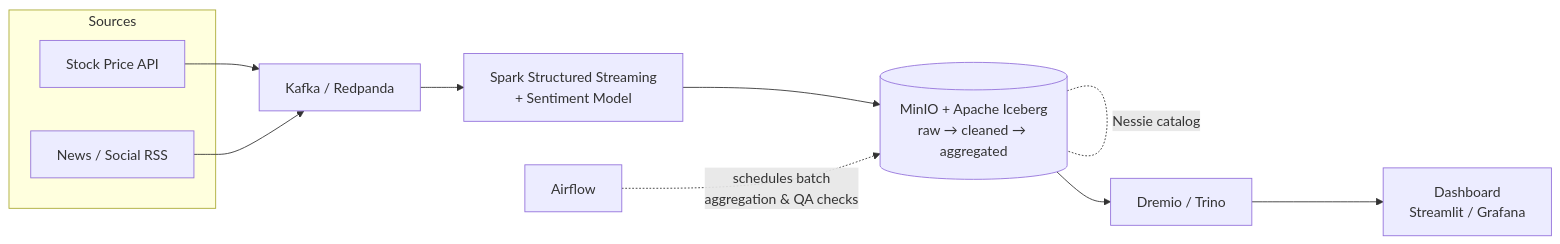
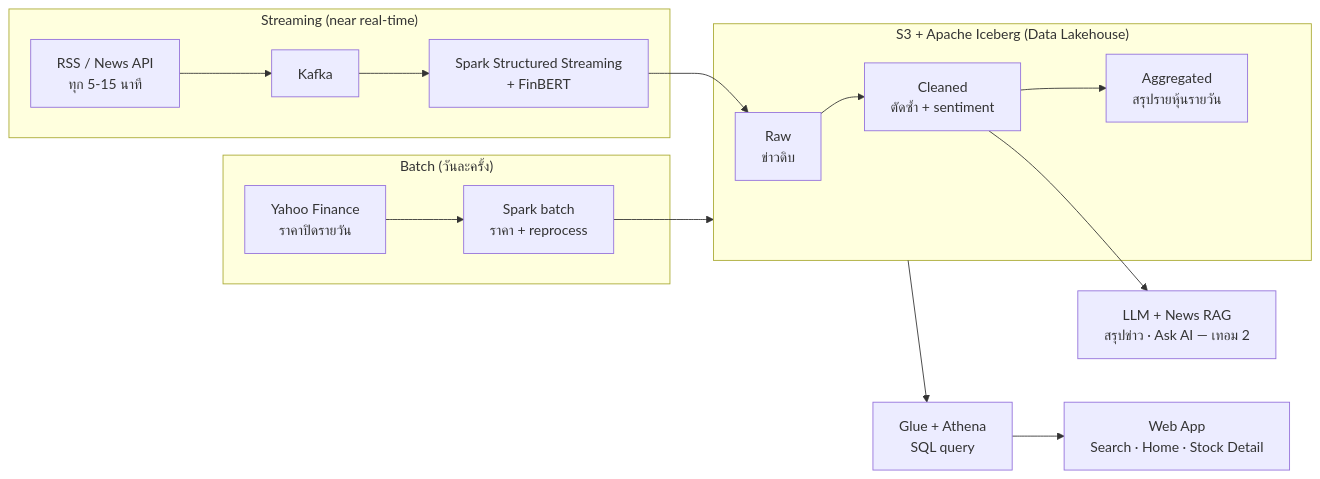
The diagram in README.md (Surabodee-Phasuk/Stock-Sentiment-Pipeline), drawn with Mermaid before and after one commit. The commit also changed other lines of this file and 11 other files, not shown here.

````diff
--- a/README.md
+++ b/README.md
@@ -25,17 +26,20 @@
 ```mermaid
 flowchart LR
-    subgraph Sources
-        A1[Stock Price API]
-        A2[News / Social RSS]
+    subgraph Batch["Batch (วันละครั้ง)"]
+        Y[Yahoo Finance\nราคาปิดรายวัน] --> SB[Spark batch\nราคา + reprocess]
+    end
+    subgraph Stream["Streaming (near real-time)"]
+        N[RSS / News API\nทุก 5-15 นาที] --> K[Kafka]
+        K --> SS[Spark Structured Streaming\n+ FinBERT]
     end
 
-    A1 --> K[Kafka / Redpanda]
-    A2 --> K
-    K --> S[Spark Structured Streaming\n+ Sentiment Model]
-    S --> I[(MinIO + Apache Iceberg\nraw → cleaned → aggregated)]
-    I -.Nessie catalog.- I
-    I --> D[Dremio / Trino]
-    D --> W[Dashboard\nStreamlit / Grafana]
+    subgraph LH["S3 + Apache Iceberg (Data Lakehouse)"]
+        R[Raw\nข่าวดิบ] --> C[Cleaned\nตัดซ้ำ + sentiment] --> A[Aggregated\nสรุปรายหุ้นรายวัน]
+    end
 
-    AF[Airflow] -.schedules batch\naggregation & QA checks.-> I
+    SB --> LH
+    SS --> R
+    LH --> G[Glue + Athena\nSQL query]
+    G --> W[Web App\nSearch · Home · Stock Detail]
+    C --> L[LLM + News RAG\nสรุปข่าว · Ask AI — เทอม 2]
 ```
````
